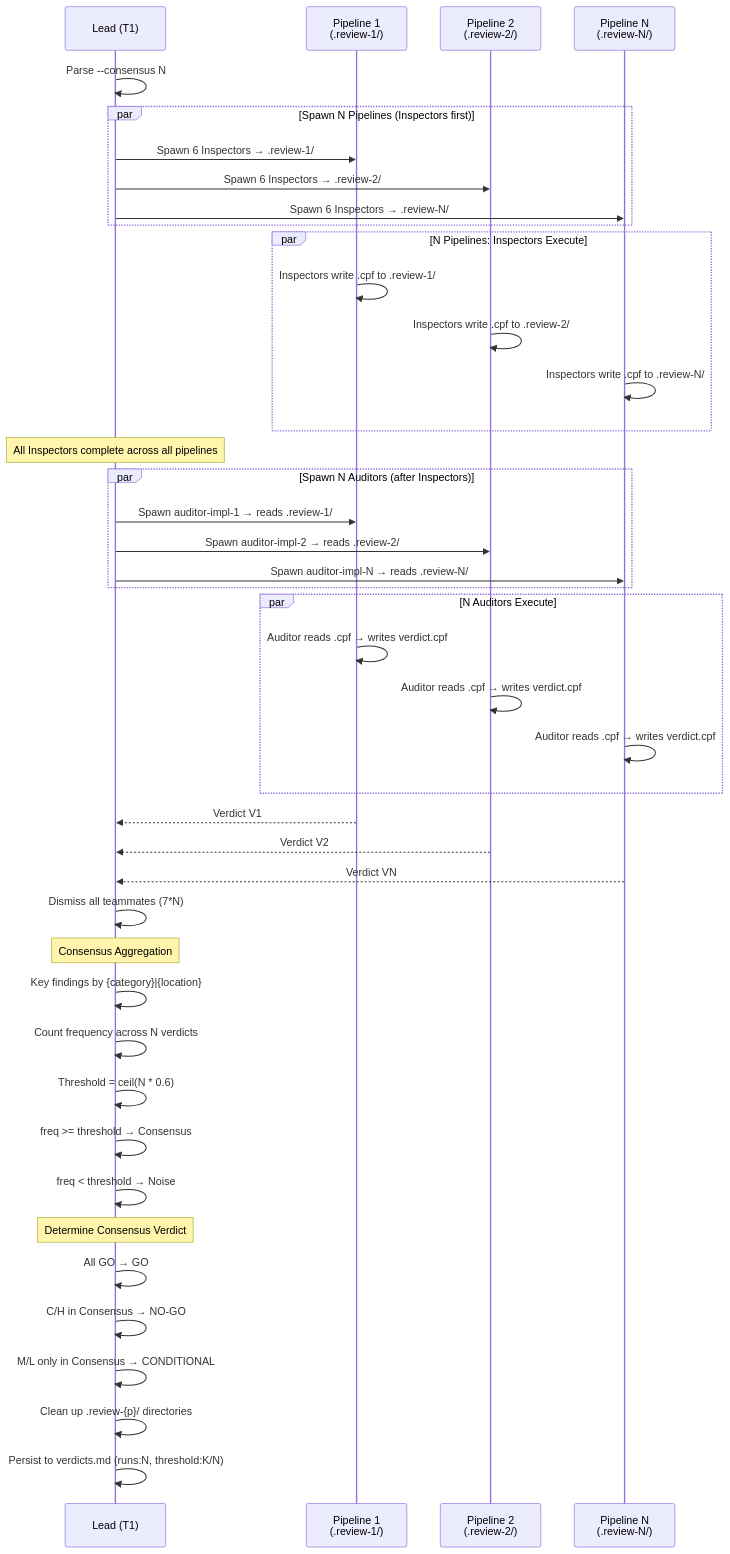
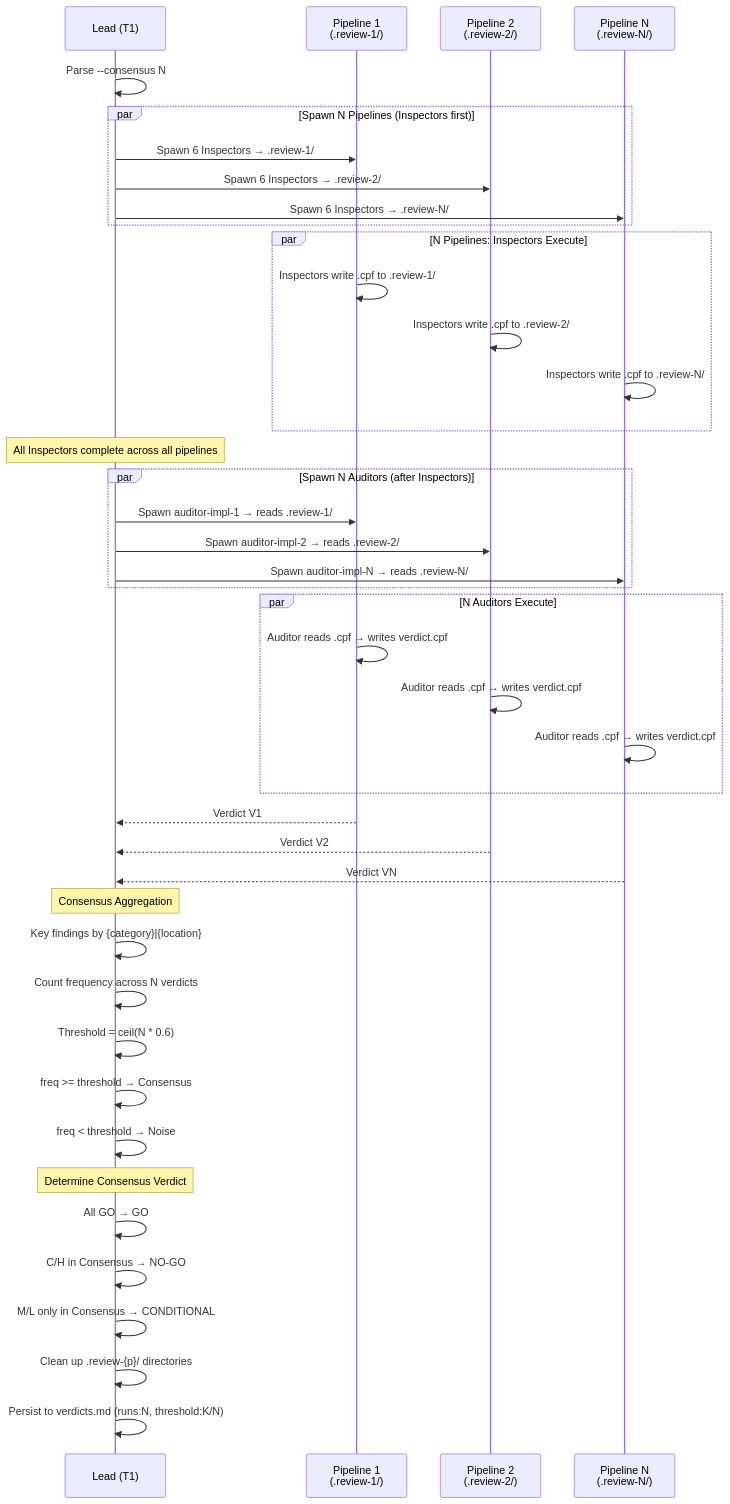
One commit to sync-dev-org/sync-sdd changed the second of 3 diagrams in .claude/sdd/project/specs/impl-review/design.md. Above: the diagram before and after it, drawn with Mermaid. The commit also changed other lines of this file and 45 other files, not shown here.

First line of the commit message:
Migrate from Agent Teams to SubAgent architecture

````diff
--- a/.claude/sdd/project/specs/impl-review/design.md
+++ b/.claude/sdd/project/specs/impl-review/design.md
@@ -427,56 +423,54 @@
 ```mermaid
 sequenceDiagram
     participant L as Lead (T1)
     participant P1 as Pipeline 1<br/>(.review-1/)
     participant P2 as Pipeline 2<br/>(.review-2/)
     participant PN as Pipeline N<br/>(.review-N/)
 
     L->>L: Parse --consensus N
 
     par Spawn N Pipelines (Inspectors first)
         L->>P1: Spawn 6 Inspectors → .review-1/
         L->>P2: Spawn 6 Inspectors → .review-2/
         L->>PN: Spawn 6 Inspectors → .review-N/
     end
 
     par N Pipelines: Inspectors Execute
         P1->>P1: Inspectors write .cpf to .review-1/
         P2->>P2: Inspectors write .cpf to .review-2/
         PN->>PN: Inspectors write .cpf to .review-N/
     end
 
     Note over L: All Inspectors complete across all pipelines
 
     par Spawn N Auditors (after Inspectors)
         L->>P1: Spawn auditor-impl-1 → reads .review-1/
         L->>P2: Spawn auditor-impl-2 → reads .review-2/
         L->>PN: Spawn auditor-impl-N → reads .review-N/
     end
 
     par N Auditors Execute
         P1->>P1: Auditor reads .cpf → writes verdict.cpf
         P2->>P2: Auditor reads .cpf → writes verdict.cpf
         PN->>PN: Auditor reads .cpf → writes verdict.cpf
     end
 
     P1-->>L: Verdict V1
     P2-->>L: Verdict V2
     PN-->>L: Verdict VN
 
-    L->>L: Dismiss all teammates (7*N)
-
     Note over L: Consensus Aggregation
     L->>L: Key findings by {category}|{location}
     L->>L: Count frequency across N verdicts
     L->>L: Threshold = ceil(N * 0.6)
     L->>L: freq >= threshold → Consensus
     L->>L: freq < threshold → Noise
 
     Note over L: Determine Consensus Verdict
     L->>L: All GO → GO
     L->>L: C/H in Consensus → NO-GO
     L->>L: M/L only in Consensus → CONDITIONAL
 
     L->>L: Clean up .review-{p}/ directories
     L->>L: Persist to verdicts.md (runs:N, threshold:K/N)
 ```
````
